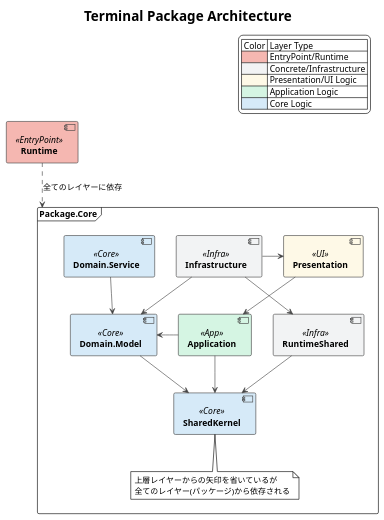
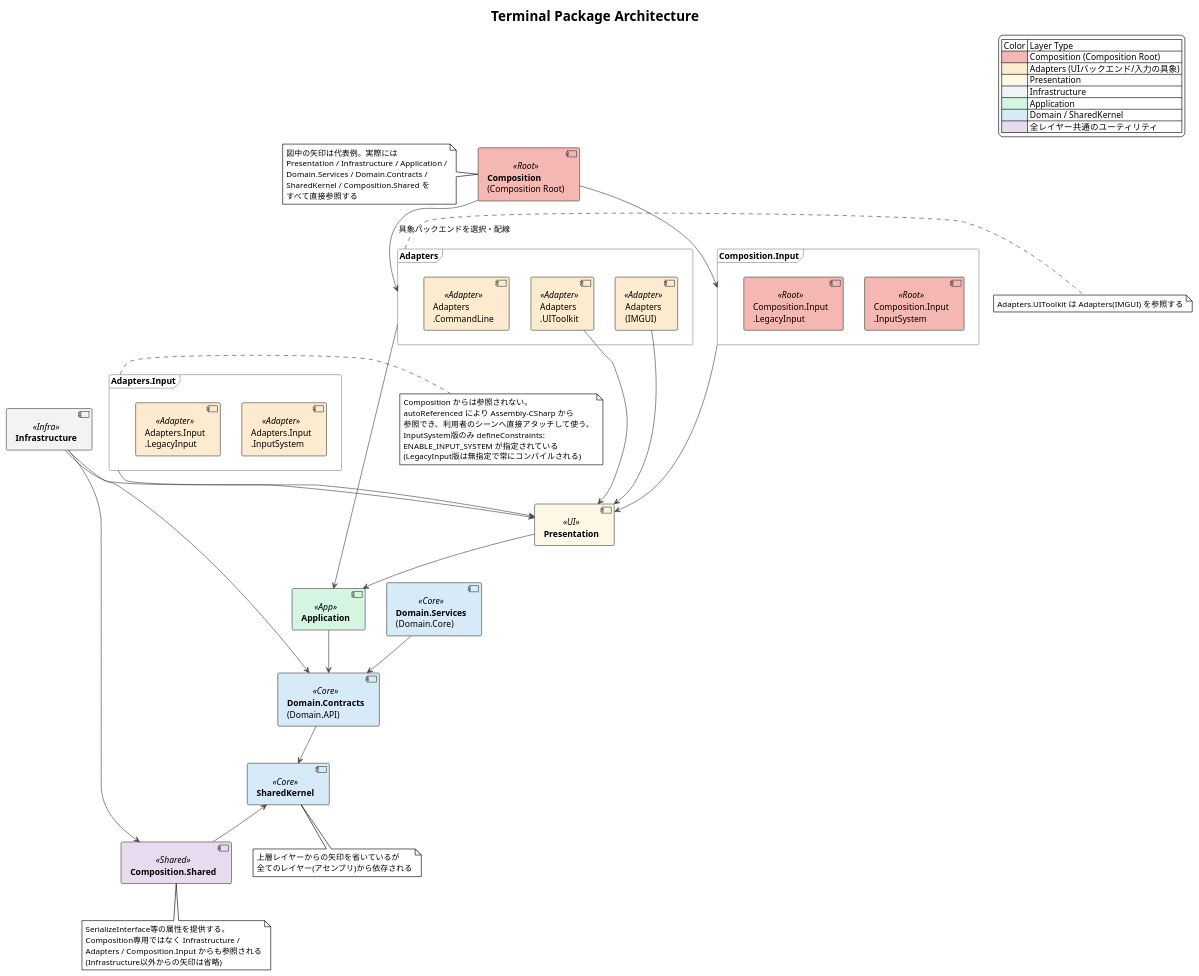
The diagram in docs/diagrams/Architecture/architecture.puml (YuukiReiya/YukimaruGames.Unity-Terminal), drawn with PlantUML before and after one commit. The commit also changed 3 other files, not shown here.

First line of the commit message:
[Docs] アーキテクチャ図を現在のasmdef構成へ更新し、レイヤー概観図を追加 (#143)

```diff
--- a/docs/diagrams/Architecture/architecture.puml
+++ b/docs/diagrams/Architecture/architecture.puml
@@ -1,65 +1,122 @@
 @startuml
 !theme plain
 title Terminal Package Architecture
 
 ' === Color Palette & Style ===
 skinparam component {
   ArrowColor #444444
   BorderColor #444444
-  BackgroundColor<<EntryPoint>> #F5B7B1
+  BackgroundColor<<Root>> #F5B7B1
+  BackgroundColor<<Adapter>> #FDEBD0
   BackgroundColor<<UI>> #FEF9E7
   BackgroundColor<<Infra>> #F2F3F4
   BackgroundColor<<App>> #D5F5E3
   BackgroundColor<<Core>> #D6EAF8
+  BackgroundColor<<Shared>> #E8DAEF
+}
+skinparam frame {
+  BorderColor #888888
 }
 
 ' === Legend ===
 legend top right
   | Color | Layer Type |
-  |<#F5B7B1>| EntryPoint/Runtime |
-  |<#F2F3F4>| Concrete/Infrastructure |
-  |<#FEF9E7>| Presentation/UI Logic |
-  |<#D5F5E3>| Application Logic |
-  |<#D6EAF8>| Core Logic |
+  |<#F5B7B1>| Composition (Composition Root) |
+  |<#FDEBD0>| Adapters (UIバックエンド/入力の具象) |
+  |<#FEF9E7>| Presentation |
+  |<#F2F3F4>| Infrastructure |
+  |<#D5F5E3>| Application |
+  |<#D6EAF8>| Domain / SharedKernel |
+  |<#E8DAEF>| 全レイヤー共通のユーティリティ |
 end legend
 
-' === Components (Layers) ===
-component "<b>Runtime</b>" as Runtime <<EntryPoint>>
-frame "<b>Package.Core</b>" as PackageCore{
-  component "<b>Infrastructure</b>" as Infrastructure <<Infra>>
-  component "<b>Presentation</b>" as Presentation <<UI>>
-  component "<b>RuntimeShared</b>" as RuntimeShared <<Infra>>
-  component "<b>Application</b>" as Application <<App>>
-  component "<b>Domain.Service</b>" as DomainService <<Core>>
-  component "<b>Domain.Model</b>" as DomainModel <<Core>>
-  component "<b>SharedKernel</b>" as SharedKernel <<Core>>
+' === Components (Assemblies) ===
+component "<b>Composition</b>\n(Composition Root)" as Composition <<Root>>
 
-  note bottom of SharedKernel
-  上層レイヤーからの矢印を省いているが
-  全てのレイヤー(パッケージ)から依存される
-  endnote
+frame "<b>Adapters</b>" as AdapterFrame {
+  component "Adapters\n(IMGUI)" as Adapters <<Adapter>>
+  component "Adapters\n.UIToolkit" as AdaptersUIToolkit <<Adapter>>
+  component "Adapters\n.CommandLine" as AdaptersCommandLine <<Adapter>>
 }
 
+frame "<b>Adapters.Input</b>" as AdapterInputFrame {
+  component "Adapters.Input\n.InputSystem" as AdaptersInputSystem <<Adapter>>
+  component "Adapters.Input\n.LegacyInput" as AdaptersLegacyInput <<Adapter>>
+}
+
+frame "<b>Composition.Input</b>" as CompositionInputFrame {
+  component "Composition.Input\n.InputSystem" as CompositionInputSystem <<Root>>
+  component "Composition.Input\n.LegacyInput" as CompositionLegacyInput <<Root>>
+}
+
+component "<b>Presentation</b>" as Presentation <<UI>>
+component "<b>Infrastructure</b>" as Infrastructure <<Infra>>
+component "<b>Application</b>" as Application <<App>>
+component "<b>Domain.Services</b>\n(Domain.Core)" as DomainServices <<Core>>
+component "<b>Domain.Contracts</b>\n(Domain.API)" as DomainContracts <<Core>>
+component "<b>SharedKernel</b>" as SharedKernel <<Core>>
+component "<b>Composition.Shared</b>" as CompositionShared <<Shared>>
+
+note right of AdapterFrame
+  Adapters.UIToolkit は Adapters(IMGUI) を参照する
+end note
+
+note right of AdapterInputFrame
+  Composition からは参照されない。
+  autoReferenced により Assembly-CSharp から
+  参照でき、利用者のシーンへ直接アタッチして使う。
+  InputSystem版のみ defineConstraints:
+  ENABLE_INPUT_SYSTEM が指定されている
+  (LegacyInput版は無指定で常にコンパイルされる)
+end note
+
+note bottom of SharedKernel
+  上層レイヤーからの矢印を省いているが
+  全てのレイヤー(アセンブリ)から依存される
+end note
+
+note bottom of CompositionShared
+  SerializeInterface等の属性を提供する。
+  Composition専用ではなく Infrastructure /
+  Adapters / Composition.Input からも参照される
+  (Infrastructure以外からの矢印は省略)
+end note
+
+note left of Composition
+  図中の矢印は代表例。実際には
+  Presentation / Infrastructure / Application /
+  Domain.Services / Domain.Contracts /
+  SharedKernel / Composition.Shared を
+  すべて直接参照する
+end note
+
+' === Layout hints ===
+Composition -[hidden]down-> AdapterFrame
+AdapterFrame -[hidden]down-> Infrastructure
+DomainServices -[hidden]right-> DomainContracts
+SharedKernel -[hidden]right-> CompositionShared
+
 ' === Primary Relationships ===
-Runtime .down.> PackageCore:全てのレイヤーに依存
+Composition -down-> AdapterFrame : 具象バックエンドを選択・配線
+Composition -down-> CompositionInputFrame
 
-DomainService -[hidden]right-> Infrastructure
-Application -[hidden]right-> RuntimeShared
-Infrastructure -[hidden]down-> Application
-Presentation -[hidden]down-> RuntimeShared
+' Adapters.CommandLine は Presentation を参照しない(SharedKernel/Applicationのみ)ため、
+' Presentationへの矢印はフレーム単位ではなくアセンブリ単位で引く.
+Adapters -down-> Presentation
+AdaptersUIToolkit -down-> Presentation
+AdapterFrame -down-> Application
+AdapterInputFrame -down-> Presentation
+CompositionInputFrame -down-> Presentation
 
-DomainService -down->DomainModel
-Infrastructure -right-> Presentation
-
-Infrastructure -down-> RuntimeShared
-Infrastructure -down-> DomainModel
+Infrastructure -down-> Presentation
+Infrastructure -down-> DomainContracts
+Infrastructure -right-> CompositionShared
 
 Presentation -down-> Application
+Application -down-> DomainContracts
+DomainServices -down-> DomainContracts
 
-Application -left-> DomainModel
-
-Application -down-> SharedKernel
-DomainModel -down-> SharedKernel
-RuntimeShared -down-> SharedKernel
+DomainContracts -down-> SharedKernel
+CompositionShared -down-> SharedKernel
 
 @enduml
```
